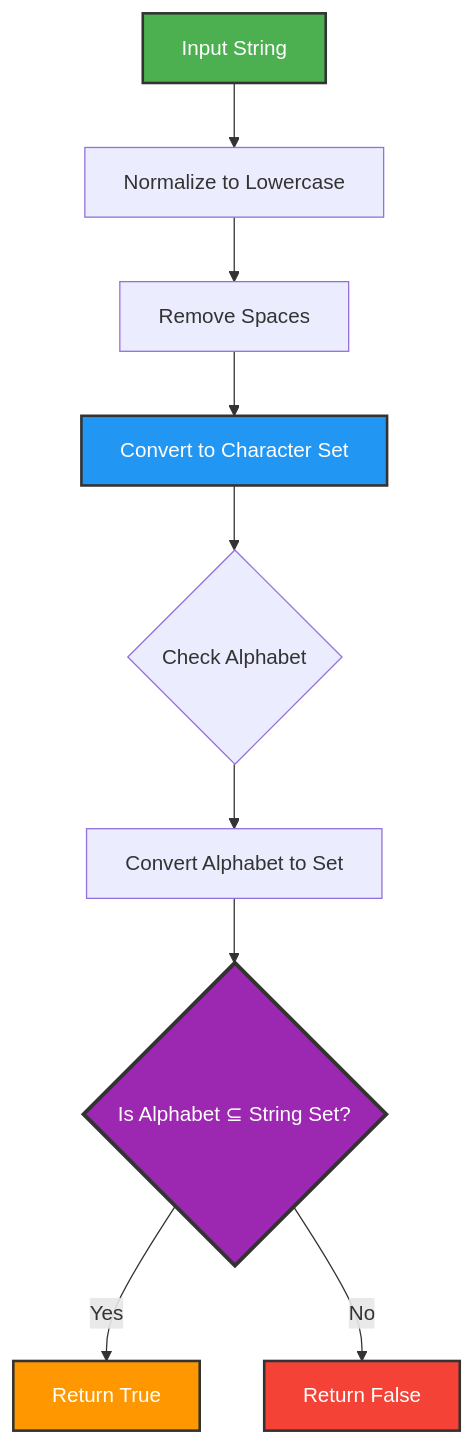
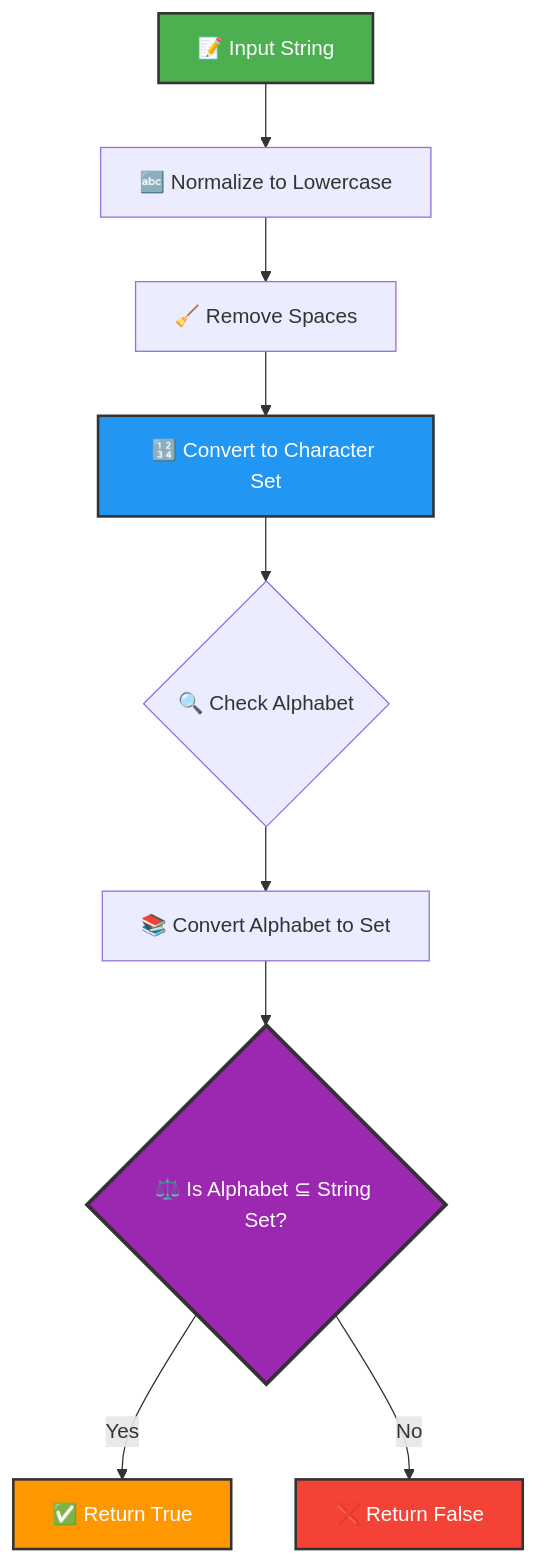
One commit to LuthandoCandlovu/sarao-technical-challenge changed the first of 2 diagrams in project-3/README.md. Above: the diagram before and after it, drawn with Mermaid. The commit also changed other lines of this file, not shown here.

````diff
--- a/project-3/README.md
+++ b/project-3/README.md
@@ -20,17 +39,17 @@
 ```mermaid
 graph TB
-    A[Input String] --> B[Normalize to Lowercase]
-    B --> C[Remove Spaces]
-    C --> D[Convert to Character Set]
-    D --> E{Check Alphabet}
-    E --> F[Convert Alphabet to Set]
-    F --> G{Is Alphabet ⊆ String Set?}
-    G -->|Yes| H[Return True]
-    G -->|No| I[Return False]
+    A[📝 Input String] --> B[🔤 Normalize to Lowercase]
+    B --> C[🧹 Remove Spaces]
+    C --> D[🔢 Convert to Character Set]
+    D --> E{🔍 Check Alphabet}
+    E --> F[📚 Convert Alphabet to Set]
+    F --> G{⚖️ Is Alphabet ⊆ String Set?}
+    G -->|Yes| H[✅ Return True]
+    G -->|No| I[❌ Return False]
 
     style A fill:#4CAF50,stroke:#333,stroke-width:2px,color:#fff
     style D fill:#2196F3,stroke:#333,stroke-width:2px,color:#fff
     style G fill:#9C27B0,stroke:#333,stroke-width:3px,color:#fff
     style H fill:#FF9800,stroke:#333,stroke-width:2px,color:#fff
     style I fill:#F44336,stroke:#333,stroke-width:2px,color:#fff
 ```
````
